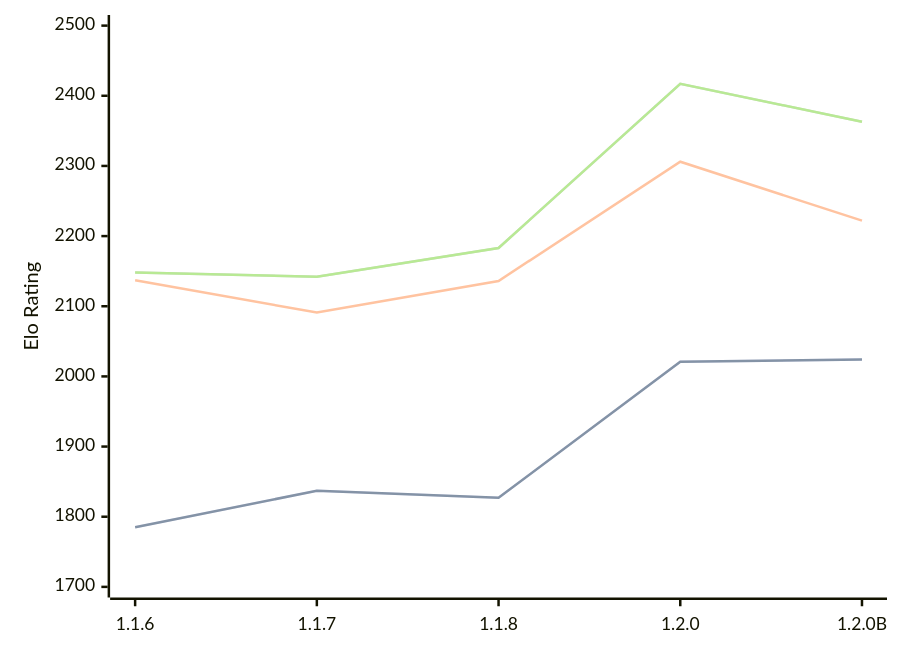
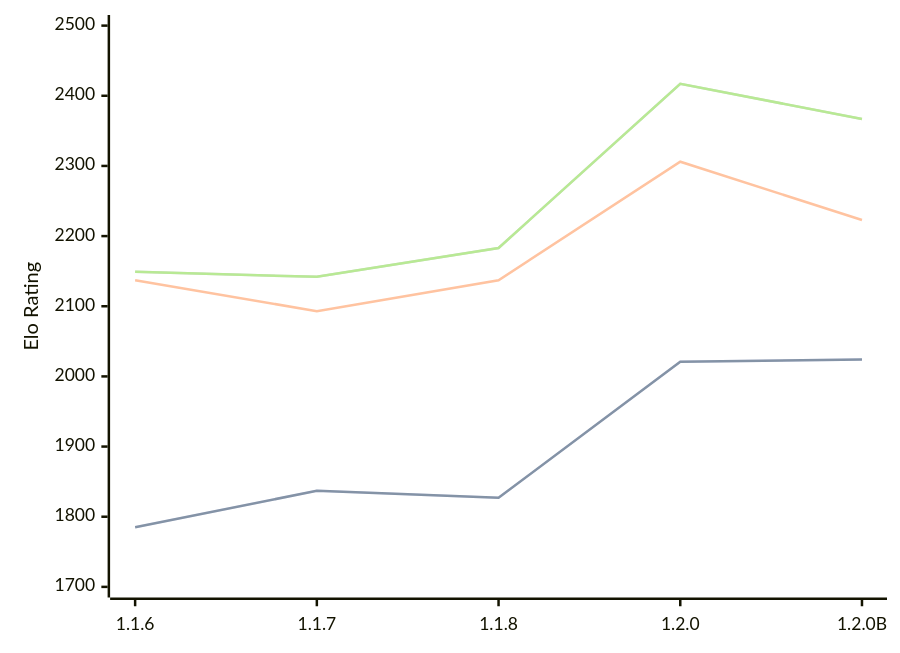
One commit to computer-chess-index/cci changed the diagram in engines/Soomi.md. Above: the diagram before and after it, drawn with Mermaid. The commit also changed other lines of this file, not shown here.

Commit message:
Update CCI Ratings (ELO VLTC) - 2026-08-17

````diff
--- a/engines/Soomi.md
+++ b/engines/Soomi.md
@@ -35,11 +35,11 @@
 ```mermaid
 %%{init: {"theme":"base","themeVariables":{"seriesColors:['#a3a3a3','#222221','#faa371']}}}%%
 xychart-beta
   x-axis ["1.1.6", "1.1.7", "1.1.8", "1.2.0", "1.2.0B"]
   y-axis "Elo Rating" 1700 --> 2500
   line "STC (8.0+0.08s)" [1785, 1837, 1827, 2021, 2024]
   line "STC (8.0+0.08s)" [1785, 1837, 1827, 2021, 2024]
-  line "LTC (60.0+0.60s)" [2137, 2091, 2136, 2306, 2222]
-  line "VLTC (2m24s+1.12s)" [2148, 2142, 2183, 2417, 2363]
-  line "VLTC (2m24s+1.12s)" [2148, 2142, 2183, 2417, 2363]
+  line "LTC (60.0+0.60s)" [2137, 2093, 2137, 2306, 2223]
+  line "VLTC (2m24s+1.12s)" [2149, 2142, 2183, 2417, 2367]
+  line "VLTC (2m24s+1.12s)" [2149, 2142, 2183, 2417, 2367]
 ```
````
